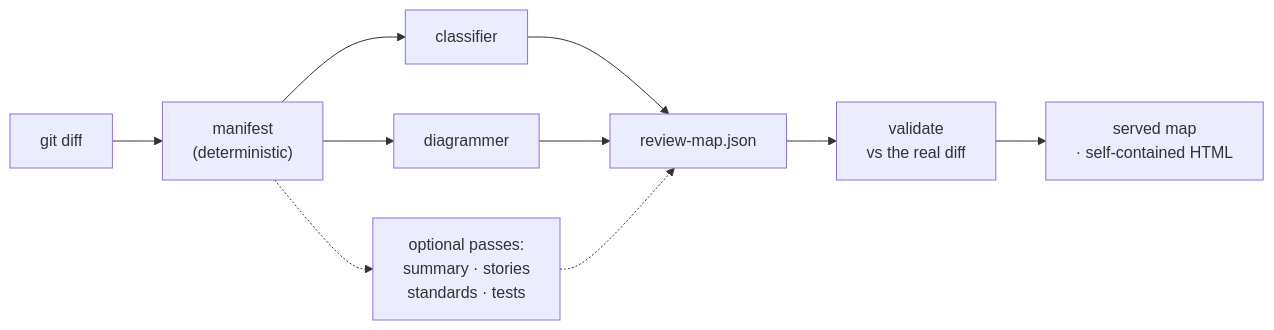
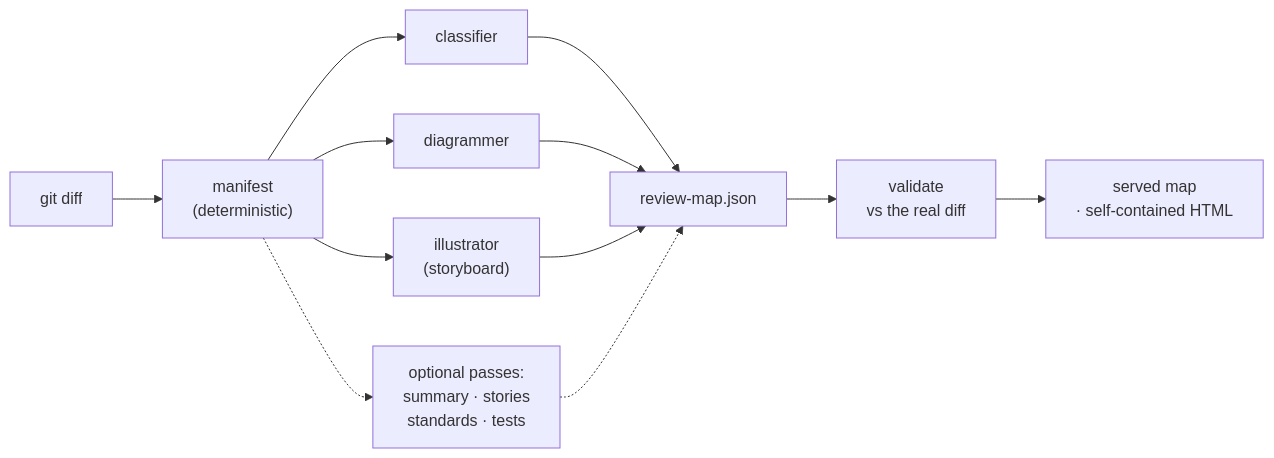
The diagram in README.md (smagew/whydiff), drawn with Mermaid before and after one commit. The commit also changed other lines of this file and 90 other files, not shown here.

````diff
--- a/README.md
+++ b/README.md
@@ -162,12 +163,14 @@
 ```mermaid
 flowchart LR
   D["git diff"] --> M["manifest<br/>(deterministic)"]
   M --> C["classifier"]
   M --> G["diagrammer"]
+  M --> I["illustrator<br/>(storyboard)"]
   M -.-> O["optional passes:<br/>summary · stories<br/>standards · tests"]
   C --> J["review-map.json"]
   G --> J
+  I --> J
   O -.-> J
   J --> V["validate<br/>vs the real diff"]
   V --> H["served map<br/>· self-contained HTML"]
 ```
````
